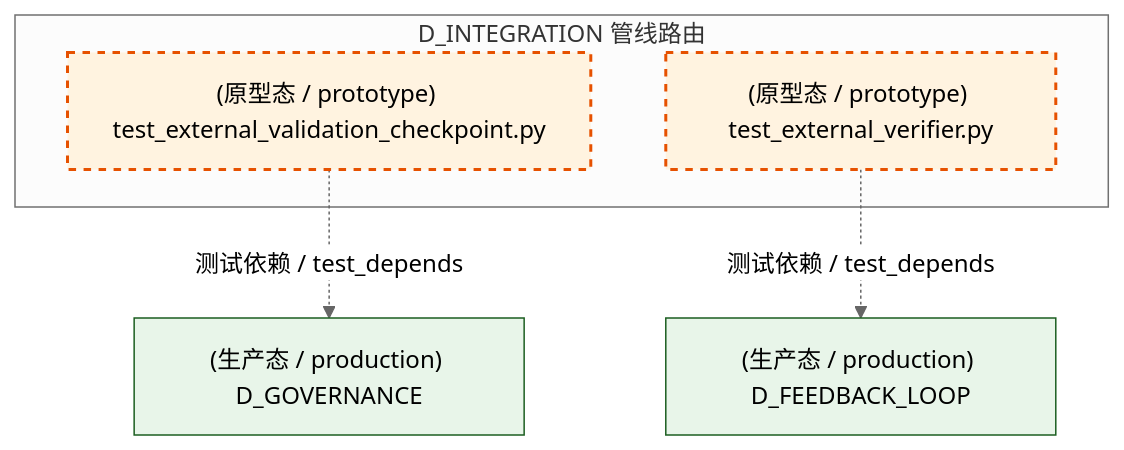
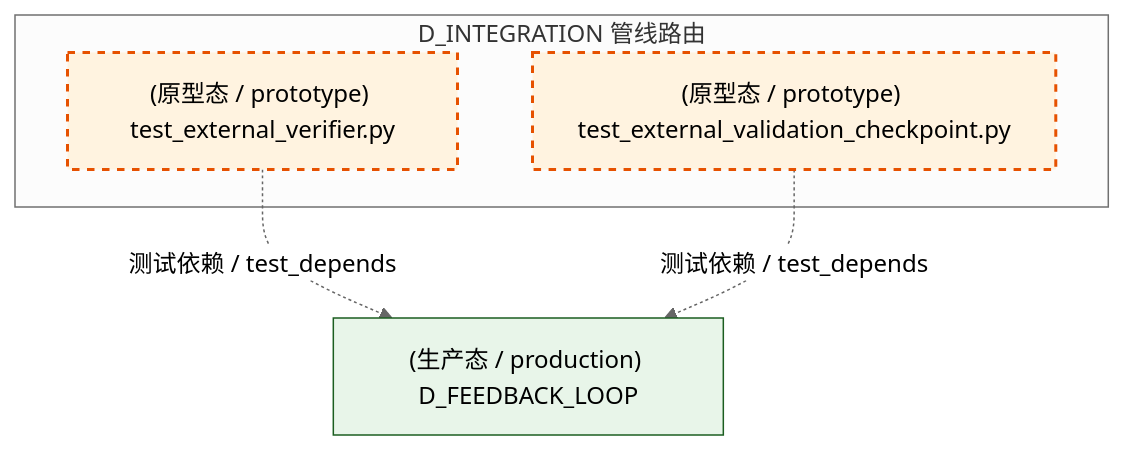
One commit to xuanFelixVan/ZephyrAlpha changed the fourth of 7 diagrams in docs/02_enterprise_architecture/02_domain_architecture_docs/16_d_integration.md. Above: the diagram before and after it, drawn with Mermaid (neutral theme). The commit also changed other lines of this file and 122 other files, not shown here.

````diff
--- a/docs/02_enterprise_architecture/02_domain_architecture_docs/16_d_integration.md
+++ b/docs/02_enterprise_architecture/02_domain_architecture_docs/16_d_integration.md
@@ -475,17 +476,16 @@
 ```mermaid
 graph TD
     subgraph D_INTEGRATION["D_INTEGRATION 管线路由"]
         tests_external_test_external_validation_checkpoint_py["(原型态 / prototype) test_external_validation_checkpoint.py"]
         tests_external_test_external_verifier_py["(原型态 / prototype) test_external_verifier.py"]
     end
-    D_GOVERNANCE["(生产态 / production) D_GOVERNANCE"]
-    tests_external_test_external_validation_checkpoint_py -.->|测试依赖 / test_depends| D_GOVERNANCE
     D_FEEDBACK_LOOP["(生产态 / production) D_FEEDBACK_LOOP"]
     tests_external_test_external_verifier_py -.->|测试依赖 / test_depends| D_FEEDBACK_LOOP
+    tests_external_test_external_validation_checkpoint_py -.->|测试依赖 / test_depends| D_FEEDBACK_LOOP
     classDef production fill:#e1f5fe,stroke:#01579b,stroke-width:2px,color:#000
     classDef design fill:#fff3e0,stroke:#e65100,stroke-width:2px,color:#000,stroke-dasharray: 5 5
     classDef external_prod fill:#e8f5e9,stroke:#1b5e20,stroke-width:1px,color:#000
     classDef external_design fill:#fce4ec,stroke:#880e4f,stroke-width:1px,color:#000,stroke-dasharray: 5 5
     class tests_external_test_external_validation_checkpoint_py,tests_external_test_external_verifier_py design
-    class D_GOVERNANCE,D_FEEDBACK_LOOP external_prod
+    class D_FEEDBACK_LOOP external_prod
 ```
````
